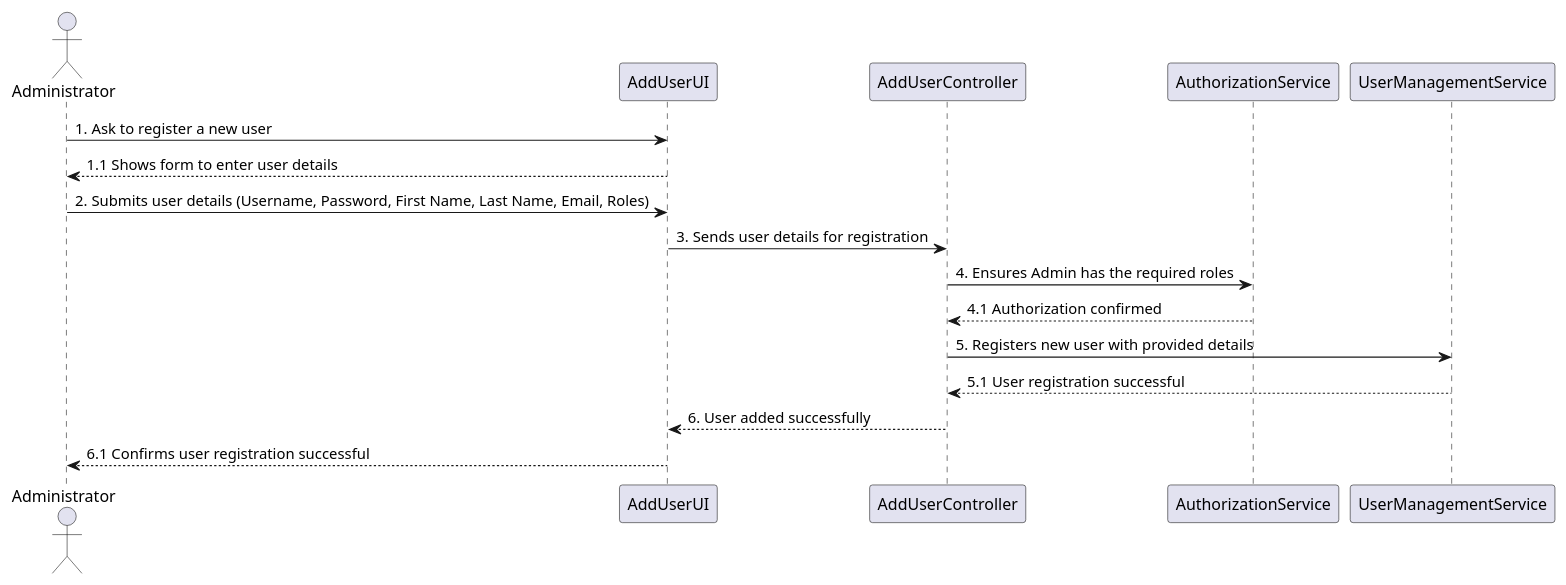
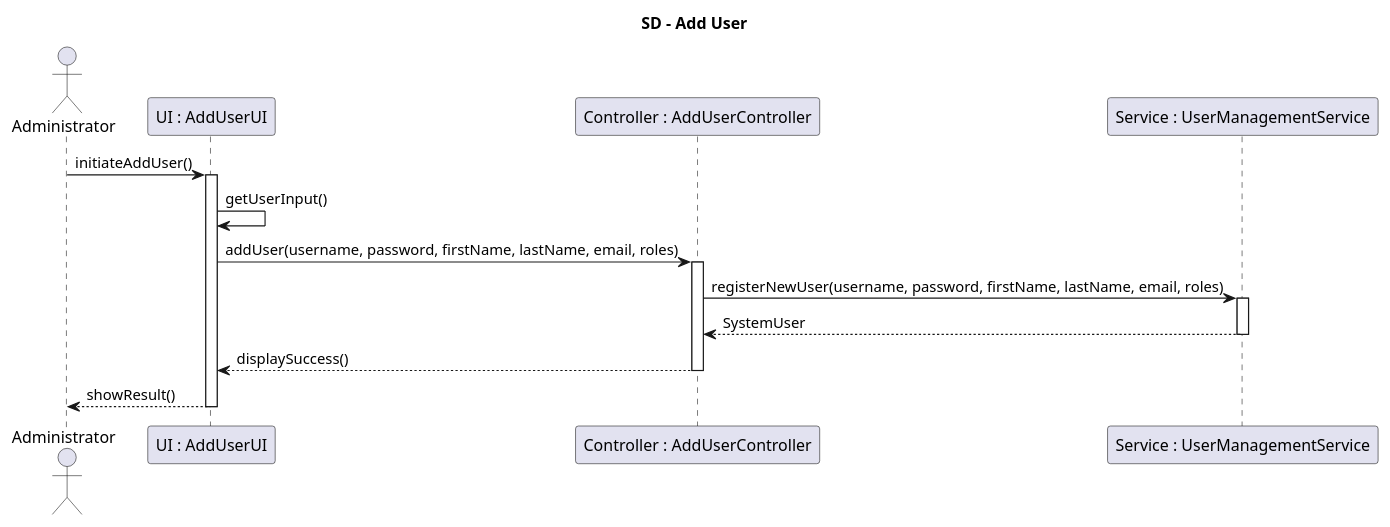
One commit to Mendoncaa/LAPR4 changed the diagram in docs/sprintB/US1000/03.design/puml/SD_RegisterNewUser.puml. Above: the diagram before and after it, drawn with PlantUML. The commit also changed 1 other file, not shown here.

```diff
--- a/docs/sprintB/US1000/03.design/puml/SD_RegisterNewUser.puml
+++ b/docs/sprintB/US1000/03.design/puml/SD_RegisterNewUser.puml
@@ -1,32 +1,29 @@
 @startuml
+
+title SD - Add User
+
 actor Administrator
-participant "AddUserUI" as UI
-participant "AddUserController" as AC
-participant "AuthorizationService" as AS
-participant "UserManagementService" as UMS
+participant "UI : AddUserUI" as UI
+participant "Controller : AddUserController" as controller
+participant "Service : UserManagementService" as userService
 
+Administrator -> UI : initiateAddUser()
+activate UI
 
-Administrator -> UI: 1. Ask to register a new user
+UI -> UI : getUserInput()
+UI -> controller : addUser(username, password, firstName, lastName, email, roles)
+activate controller
 
+controller -> userService : registerNewUser(username, password, firstName, lastName, email, roles)
+activate userService
+userService --> controller : SystemUser
+deactivate userService
 
-UI --> Administrator: 1.1 Shows form to enter user details
+controller --> UI : displaySuccess()
+deactivate controller
 
+UI --> Administrator : showResult()
 
-Administrator -> UI: 2. Submits user details (Username, Password, First Name, Last Name, Email, Roles)
-
-
-UI -> AC: 3. Sends user details for registration
-
-
-AC -> AS: 4. Ensures Admin has the required roles
-AS --> AC: 4.1 Authorization confirmed
-
-
-AC -> UMS: 5. Registers new user with provided details
-UMS --> AC: 5.1 User registration successful
-
-
-AC --> UI: 6. User added successfully
-UI --> Administrator: 6.1 Confirms user registration successful
+deactivate UI
 
 @enduml
```
